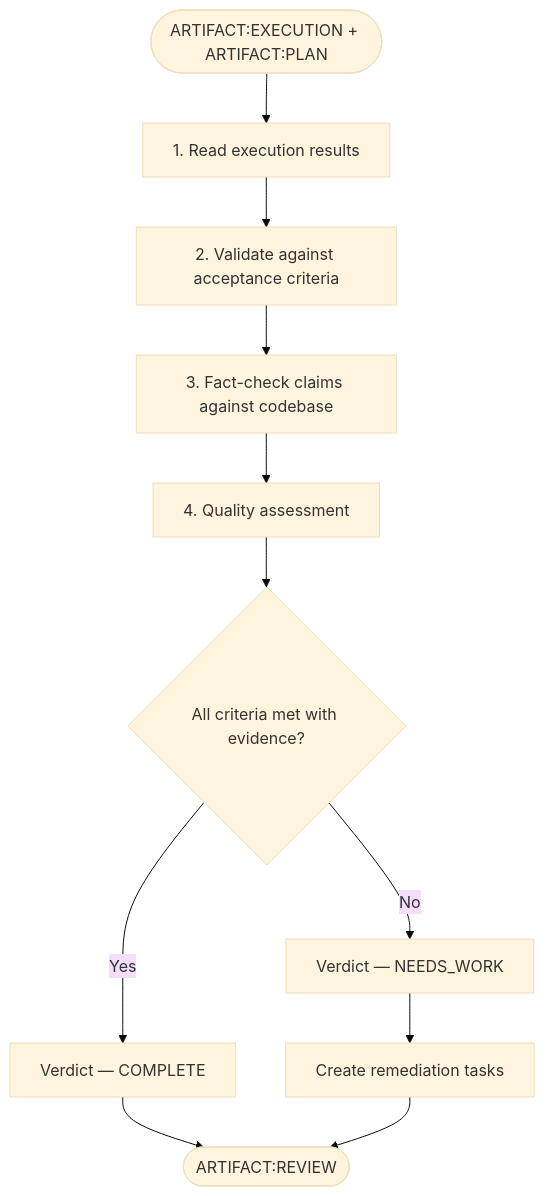
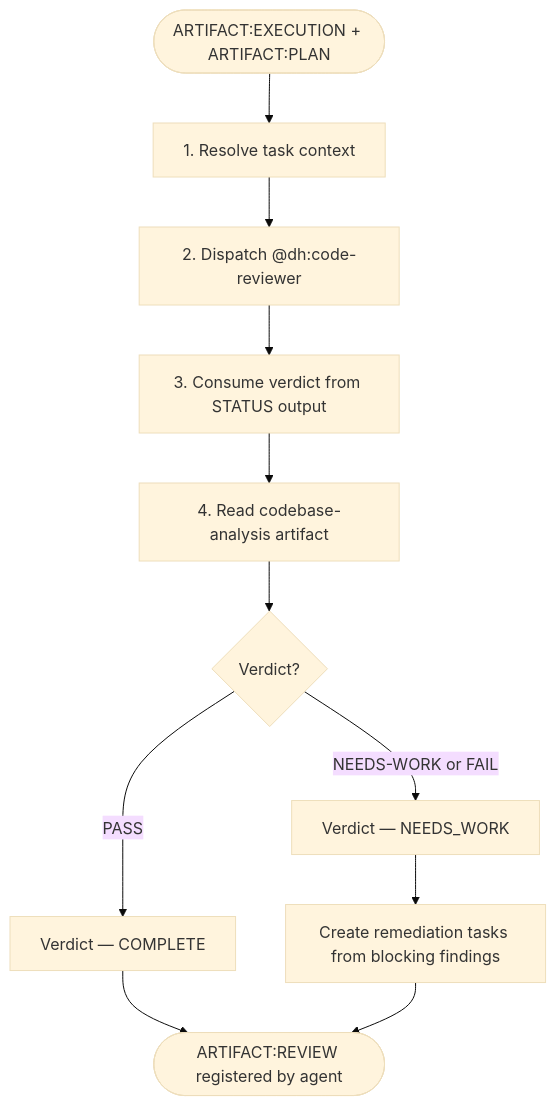
Before and after one commit to chgreer1070/claude_skills: the first of 2 diagrams in plugins/development-harness/skills/forensic-review/SKILL.md, drawn with Mermaid (base theme). The commit also changed other lines of this file and 5 other files, not shown here.

First line of the commit message:
feat(dh): wire dh:code-reviewer into pipeline — replaces python3-development:code-reviewer

````diff
--- a/plugins/development-harness/skills/forensic-review/SKILL.md
+++ b/plugins/development-harness/skills/forensic-review/SKILL.md
@@ -29,13 +32,13 @@
 ```mermaid
 flowchart TD
-    Start([ARTIFACT:EXECUTION + ARTIFACT:PLAN]) --> R1[1. Read execution results]
-    R1 --> R2[2. Validate against acceptance criteria]
-    R2 --> R3[3. Fact-check claims against codebase]
-    R3 --> R4[4. Quality assessment]
-    R4 --> Decide{All criteria met with evidence?}
-    Decide -->|Yes| Complete[Verdict — COMPLETE]
-    Decide -->|No| NeedsWork[Verdict — NEEDS_WORK]
-    Complete --> Done([ARTIFACT:REVIEW])
-    NeedsWork --> Remediate[Create remediation tasks]
+    Start([ARTIFACT:EXECUTION + ARTIFACT:PLAN]) --> R1[1. Resolve task context]
+    R1 --> R2[2. Dispatch @dh:code-reviewer]
+    R2 --> R3[3. Consume verdict from STATUS output]
+    R3 --> R4[4. Read codebase-analysis artifact]
+    R4 --> Decide{Verdict?}
+    Decide -->|PASS| Complete[Verdict — COMPLETE]
+    Decide -->|NEEDS-WORK or FAIL| NeedsWork[Verdict — NEEDS_WORK]
+    Complete --> Done([ARTIFACT:REVIEW registered by agent])
+    NeedsWork --> Remediate[Create remediation tasks from blocking findings]
     Remediate --> Done
 ```
````
